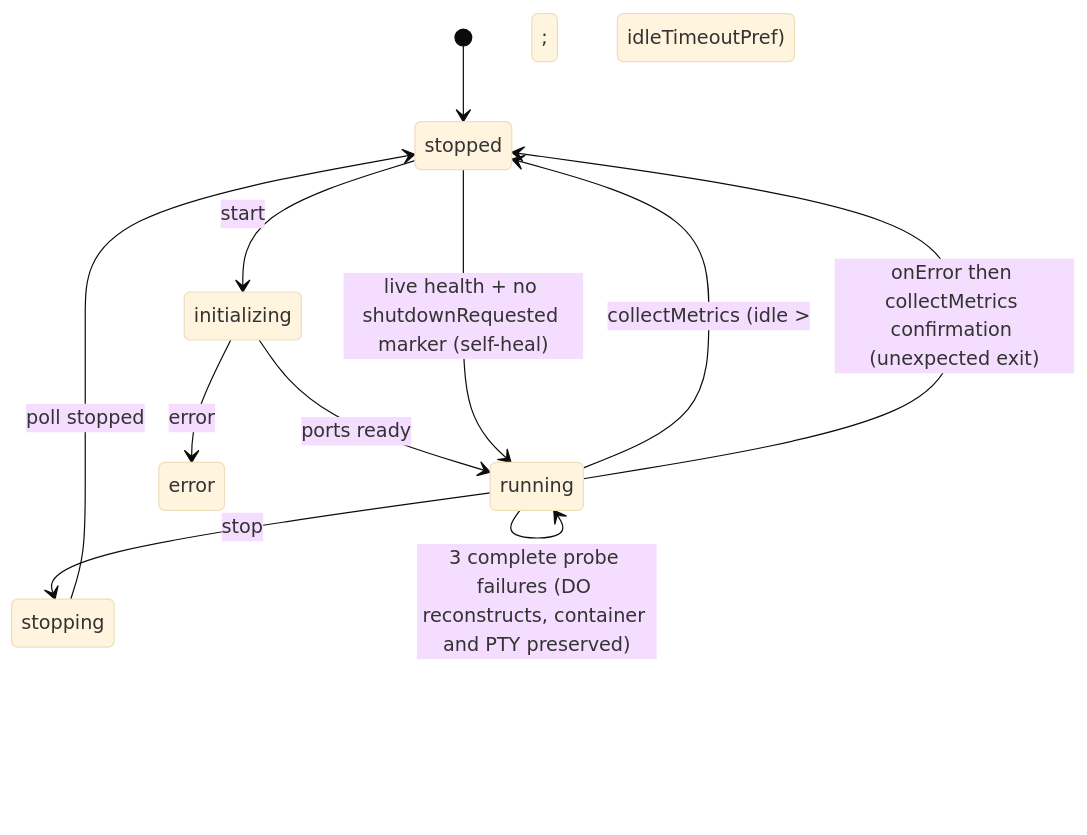
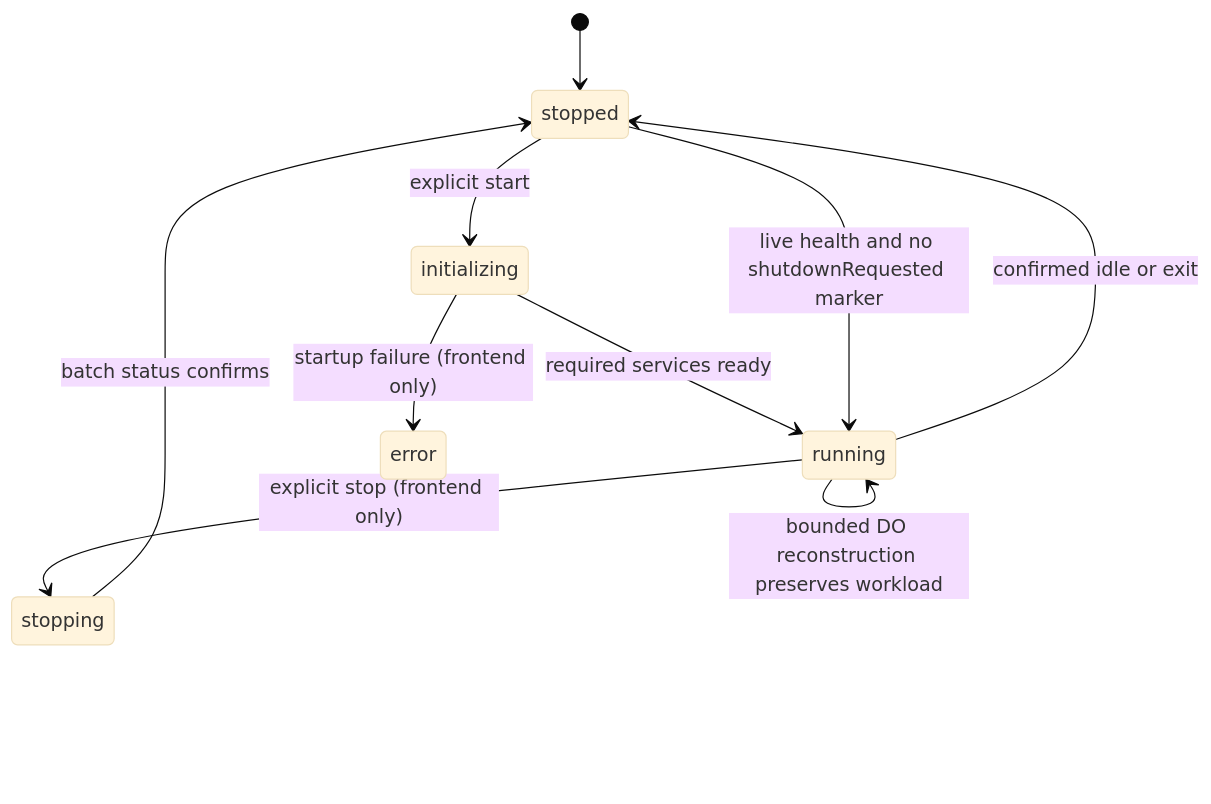
One commit to nikolanovoselec/codeflare changed the third of 9 diagrams in documentation/lanes/architecture.md. Above: the diagram before and after it, drawn with Mermaid (base theme). The commit also changed other lines of this file and 4 other files, not shown here.

Commit message:
docs: refactor architecture into system map

````diff
--- a/documentation/lanes/architecture.md
+++ b/documentation/lanes/architecture.md
@@ -503,13 +442,12 @@
 ```mermaid
 stateDiagram-v2
     [*] --> stopped
-    stopped --> initializing : start
-    initializing --> running : ports ready
-    initializing --> error : error
-    running --> stopping : stop
-    stopping --> stopped : poll stopped
-    running --> running : 3 complete probe failures (DO reconstructs, container and PTY preserved)
-    stopped --> running : live health + no shutdownRequested marker (self-heal)
-    running --> stopped : collectMetrics (idle &gt; idleTimeoutPref)
-    running --> stopped : onError then collectMetrics confirmation (unexpected exit)
+    stopped --> initializing : explicit start
+    initializing --> running : required services ready
+    initializing --> error : startup failure (frontend only)
+    running --> stopping : explicit stop (frontend only)
+    stopping --> stopped : batch status confirms
+    running --> stopped : confirmed idle or exit
+    running --> running : bounded DO reconstruction preserves workload
+    stopped --> running : live health and no shutdownRequested marker
 ```
````
